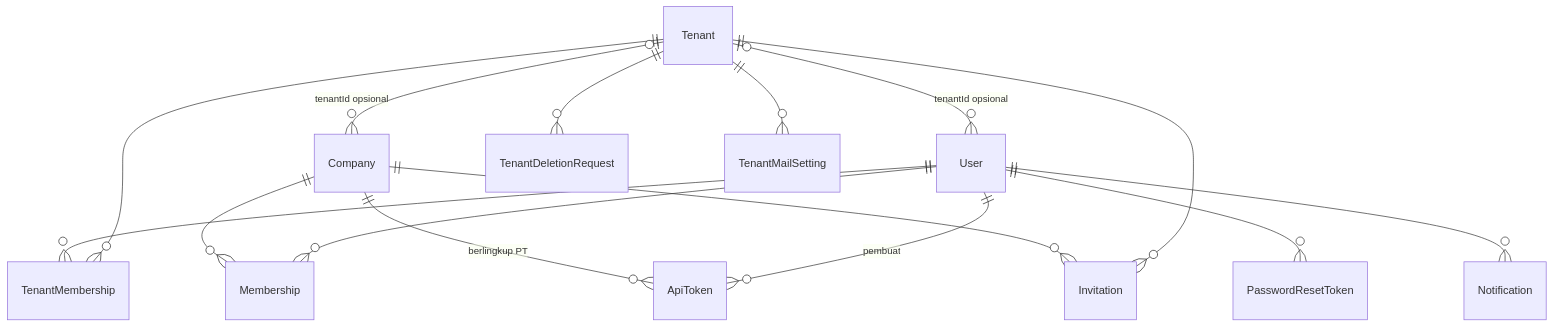
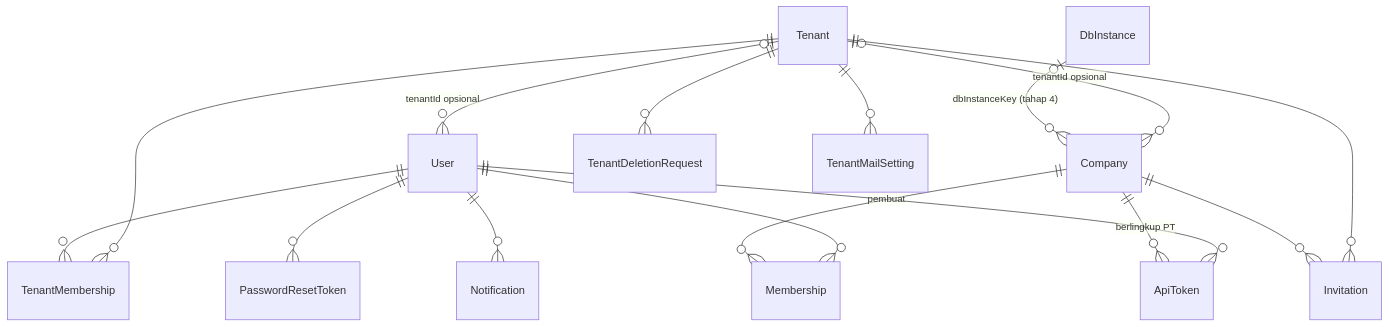
Before and after one commit to tri-evendi/sai-accounting: the second of 18 diagrams in docs/arsitektur/04-ALIRAN-DATA.md, drawn with Mermaid. The commit also changed other lines of this file and 16 other files, not shown here.

````diff
--- a/docs/arsitektur/04-ALIRAN-DATA.md
+++ b/docs/arsitektur/04-ALIRAN-DATA.md
@@ -46,17 +46,18 @@
 ```mermaid
 erDiagram
     Tenant ||--o{ TenantMembership : ""
     Tenant |o--o{ Company : "tenantId opsional"
     Tenant |o--o{ User : "tenantId opsional"
     Tenant ||--o{ Invitation : ""
     Tenant ||--o{ TenantDeletionRequest : ""
     Tenant ||--o{ TenantMailSetting : ""
     User ||--o{ TenantMembership : ""
     User ||--o{ Membership : ""
     User ||--o{ PasswordResetToken : ""
     User ||--o{ Notification : ""
     User ||--o{ ApiToken : "pembuat"
     Company ||--o{ Membership : ""
     Company ||--o{ ApiToken : "berlingkup PT"
     Company ||--o{ Invitation : ""
+    DbInstance |o--o{ Company : "dbInstanceKey (tahap 4)"
 ```
````
